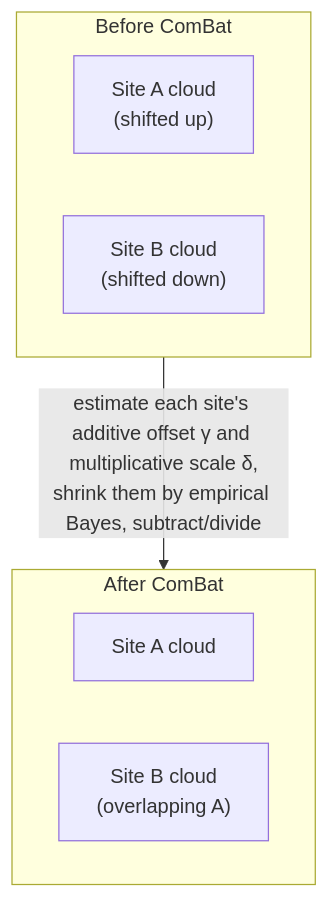
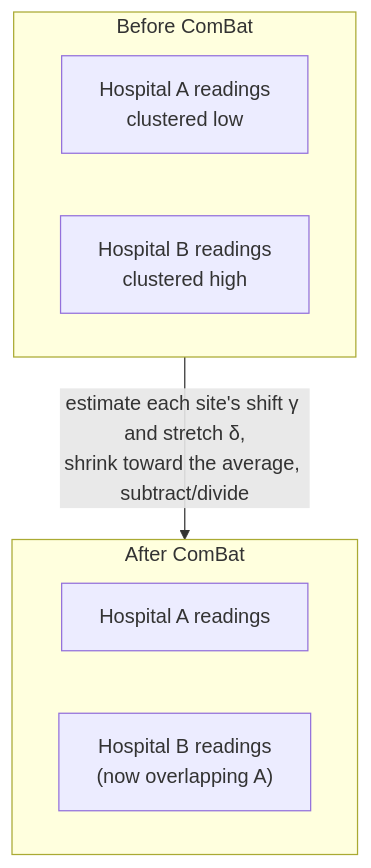
The second of 4 diagrams in docs/EXTENDED_INTRODUCTION.md (hwilner/mdd-subtyping-replication-framework), drawn with Mermaid before and after one commit. The commit also changed other lines of this file, not shown here.

Commit message:
Rewrite extended introduction example-first; embed concept figure

````diff
--- a/docs/EXTENDED_INTRODUCTION.md
+++ b/docs/EXTENDED_INTRODUCTION.md
@@ -69,14 +96,14 @@
 ```mermaid
 flowchart TB
     subgraph Before["Before ComBat"]
         direction LR
-        A1["Site A cloud<br/>(shifted up)"] 
-        B1["Site B cloud<br/>(shifted down)"]
+        A1["Hospital A readings<br/>clustered low"]
+        B1["Hospital B readings<br/>clustered high"]
     end
-    Before -->|estimate each site's additive offset γ and multiplicative scale δ,<br/>shrink them by empirical Bayes, subtract/divide| After
+    Before -->|"estimate each site's shift γ and stretch δ,<br/>shrink toward the average, subtract/divide"| After
     subgraph After["After ComBat"]
         direction LR
-        A2["Site A cloud"] 
-        B2["Site B cloud<br/>(overlapping A)"]
+        A2["Hospital A readings"]
+        B2["Hospital B readings<br/>(now overlapping A)"]
     end
 ```
````
